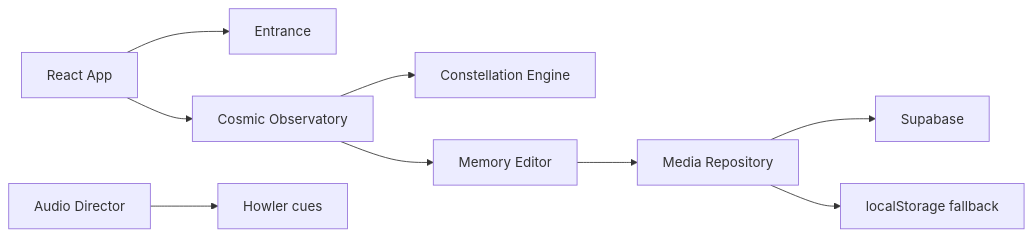
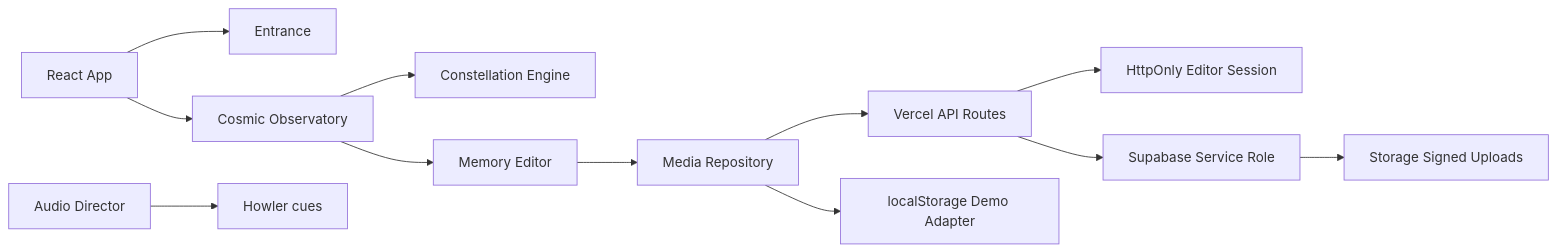
The diagram in README.md (Jupi33/memory-observatory), drawn with Mermaid before and after one commit. The commit also changed other lines of this file and 35 other files, not shown here.

````diff
--- a/README.md
+++ b/README.md
@@ -59,11 +63,14 @@
 ```mermaid
 flowchart LR
   app["React App"] --> entrance["Entrance"]
   app --> observatory["Cosmic Observatory"]
   observatory --> engine["Constellation Engine"]
   observatory --> editor["Memory Editor"]
   editor --> repository["Media Repository"]
-  repository --> supabase["Supabase"]
-  repository --> fallback["localStorage fallback"]
+  repository --> api["Vercel API Routes"]
+  repository --> fallback["localStorage Demo Adapter"]
+  api --> session["HttpOnly Editor Session"]
+  api --> supabase["Supabase Service Role"]
+  supabase --> storage["Storage Signed Uploads"]
   audio["Audio Director"] --> cues["Howler cues"]
 ```
````
